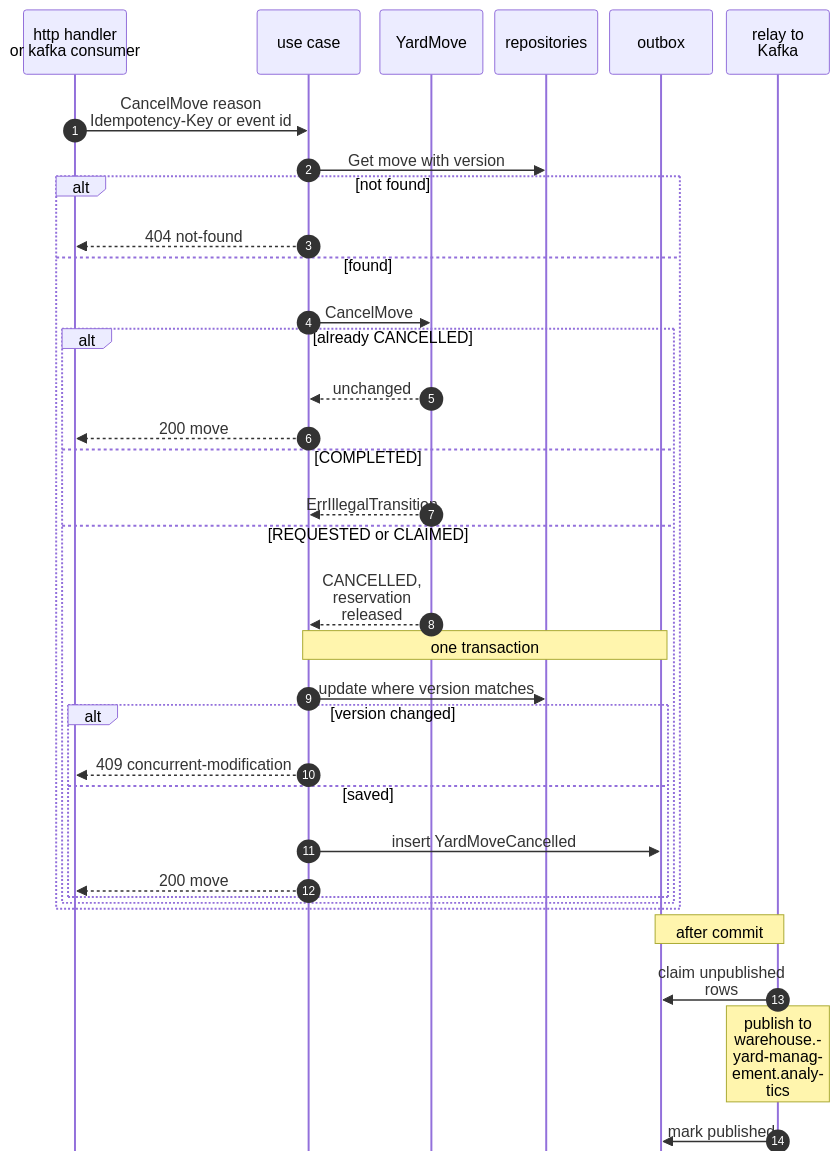
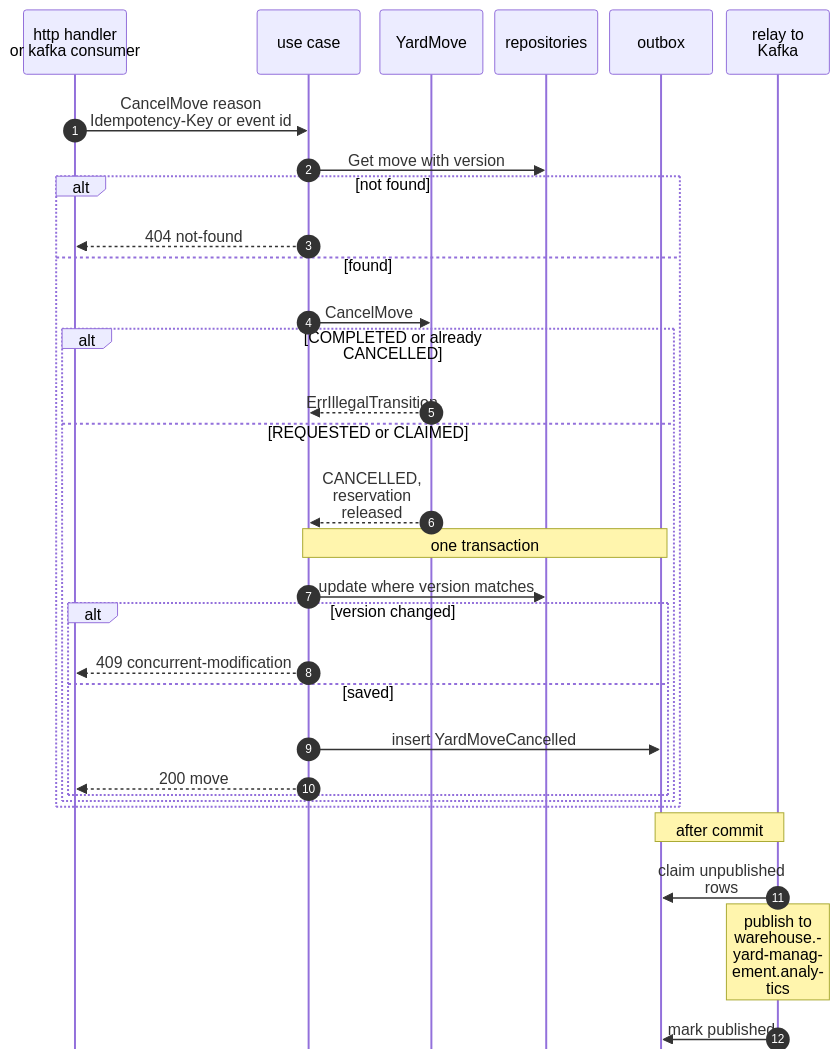
One commit to IQVO/yard-management changed diagram 11 of 15 in docs/docs/ddd/sequence-diagrams.md. Above: the diagram before and after it, drawn with Mermaid. The commit also changed other lines of this file and 9 other files, not shown here.

````diff
--- a/docs/docs/ddd/sequence-diagrams.md
+++ b/docs/docs/ddd/sequence-diagrams.md
@@ -518,38 +519,35 @@
 ```mermaid
 %%{init: {"sequence": {"wrap": true, "width": 104, "actorMargin": 12, "messageMargin": 26, "boxMargin": 6, "noteMargin": 6, "mirrorActors": false}}}%%
 sequenceDiagram
     autonumber
     participant H as http handler<br/>or kafka consumer
     participant U as use case
     participant A as YardMove
     participant R as repositories
     participant O as outbox
     participant RL as relay to Kafka
     H->>U: CancelMove reason<br/>Idempotency-Key or event id
     U->>R: Get move with version
     alt not found
         U-->>H: 404 not-found
     else found
         U->>A: CancelMove
-        alt already CANCELLED
-            A-->>U: unchanged
-            U-->>H: 200 move
-        else COMPLETED
+        alt COMPLETED or already CANCELLED
             A-->>U: ErrIllegalTransition
         else REQUESTED or CLAIMED
             A-->>U: CANCELLED, reservation released
             Note over U,O: one transaction
             U->>R: update where version matches
             alt version changed
                 U-->>H: 409 concurrent-modification
             else saved
                 U->>O: insert YardMoveCancelled
                 U-->>H: 200 move
             end
         end
     end
     Note over O,RL: after commit
     RL->>O: claim unpublished rows
     Note over RL: publish to warehouse.yard-management.analytics
     RL->>O: mark published
 ```
````
